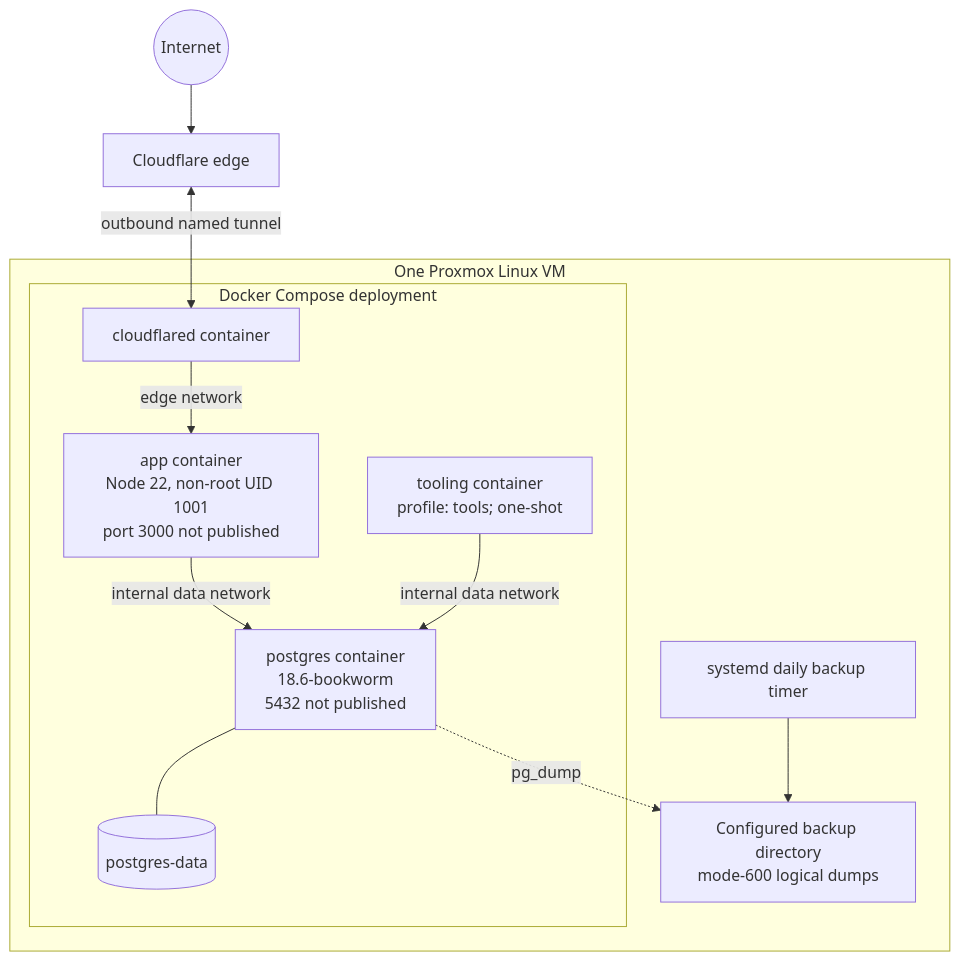
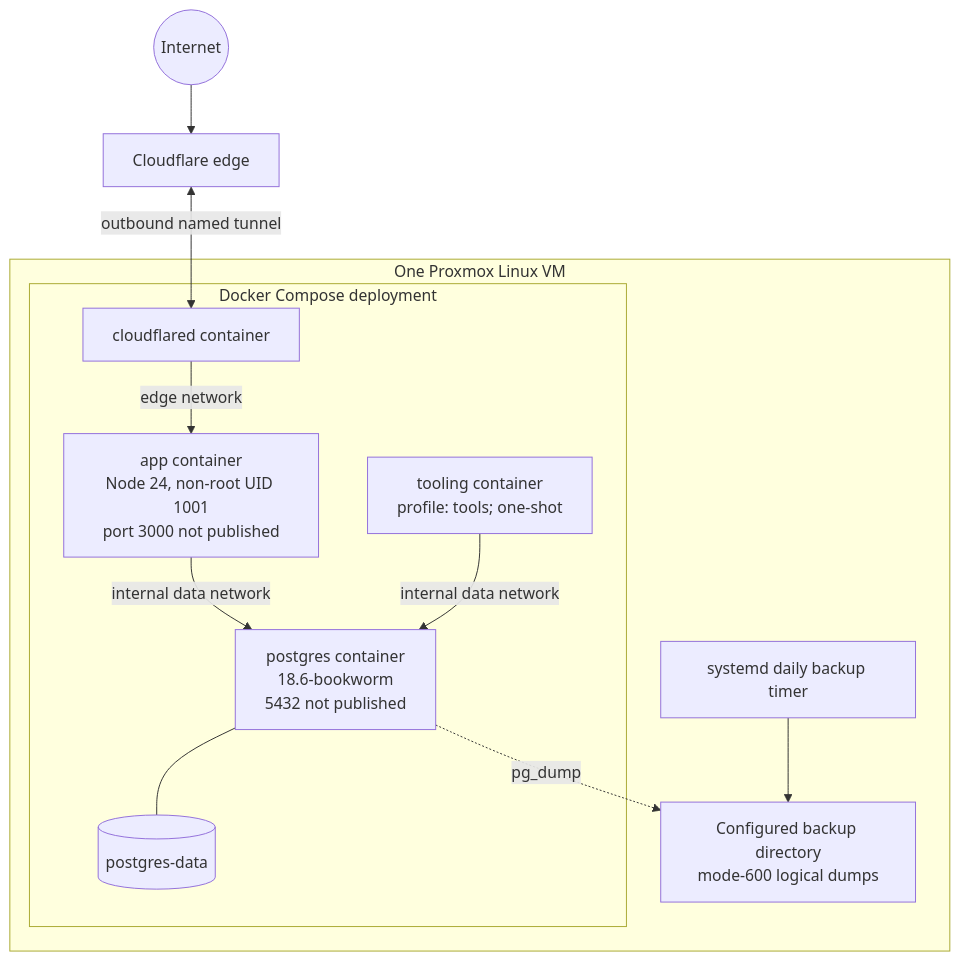
The fifth of 6 diagrams in docs/production-infrastructure.md (lukasasorensen/3d_model_mcp), drawn with Mermaid before and after one commit. The commit also changed other lines of this file and 213 other files, not shown here.

````diff
--- a/docs/production-infrastructure.md
+++ b/docs/production-infrastructure.md
@@ -152,22 +152,22 @@
 ```mermaid
 flowchart TB
     Internet((Internet)) --> CFEdge[Cloudflare edge]
     CFEdge <-->|outbound named tunnel| CFD[cloudflared container]
 
     subgraph Host["One Proxmox Linux VM"]
       subgraph Compose["Docker Compose deployment"]
         CFD
-        App["app container<br/>Node 22, non-root UID 1001<br/>port 3000 not published"]
+        App["app container<br/>Node 24, non-root UID 1001<br/>port 3000 not published"]
         Tool["tooling container<br/>profile: tools; one-shot"]
         PG["postgres container<br/>18.6-bookworm<br/>5432 not published"]
         Vol[(postgres-data)]
         CFD -->|edge network| App
         App -->|internal data network| PG
         Tool -->|internal data network| PG
         PG --- Vol
       end
       Backup["Configured backup directory<br/>mode-600 logical dumps"]
       Timer["systemd daily backup timer"] --> Backup
       PG -. pg_dump .-> Backup
     end
 ```
````
